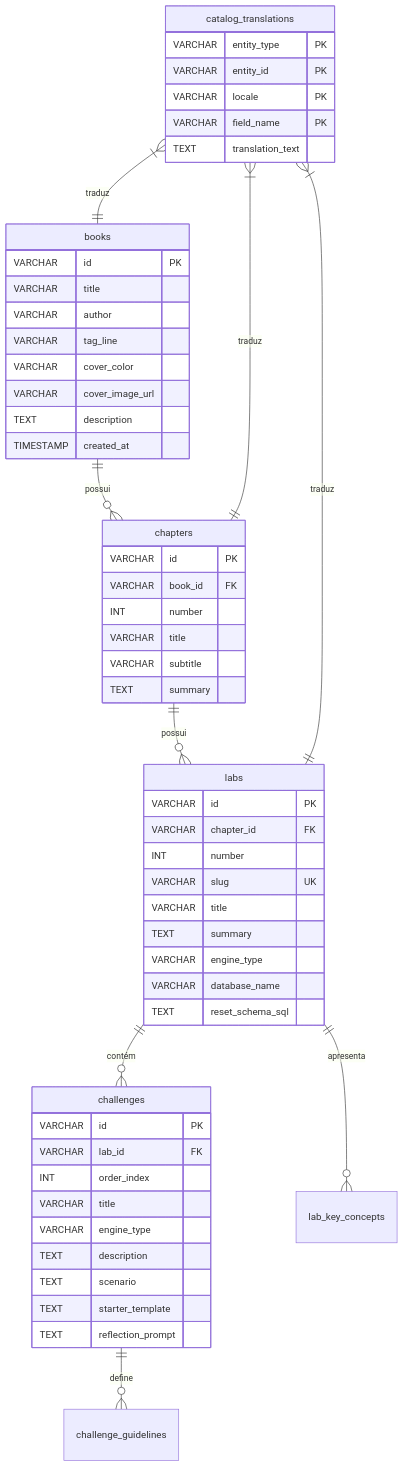
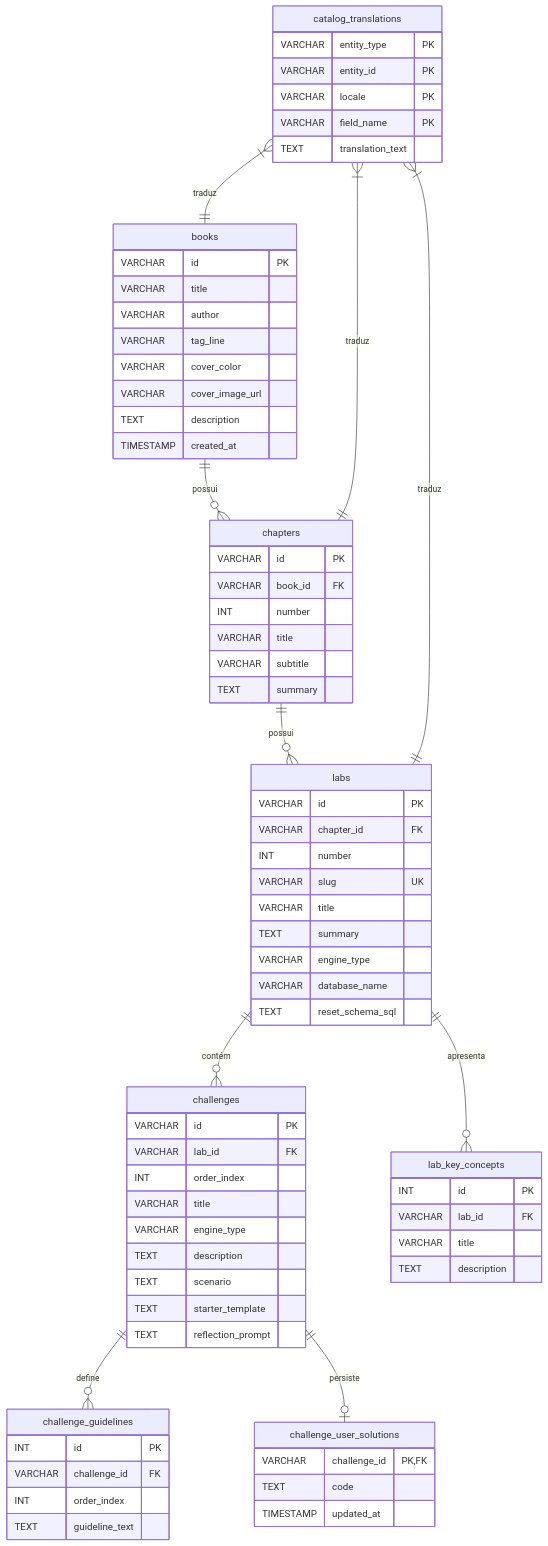
The second of 5 diagrams in docs/ARCHITECTURE.md (gabrielSdejesus/tech-book-lab), drawn with Mermaid before and after one commit. The commit also changed other lines of this file and 1 other file, not shown here.

Commit message:
docs: atualizar readme e architecture alinhando banco catalogo flyway v1-v8 e fluxos de ia

```diff
--- a/docs/ARCHITECTURE.md
+++ b/docs/ARCHITECTURE.md
@@ -144,6 +184,7 @@
     labs ||--o{ challenges : "contém"
     labs ||--o{ lab_key_concepts : "apresenta"
     challenges ||--o{ challenge_guidelines : "define"
+    challenges ||--o| challenge_user_solutions : "persiste"
     catalog_translations }|--|| books : "traduz"
     catalog_translations }|--|| chapters : "traduz"
     catalog_translations }|--|| labs : "traduz"
@@ -192,6 +233,26 @@
         TEXT reflection_prompt
     }
 
+    challenge_user_solutions {
+        VARCHAR challenge_id PK, FK
+        TEXT code
+        TIMESTAMP updated_at
+    }
+
+    lab_key_concepts {
+        INT id PK
+        VARCHAR lab_id FK
+        VARCHAR title
+        TEXT description
+    }
+
+    challenge_guidelines {
+        INT id PK
+        VARCHAR challenge_id FK
+        INT order_index
+        TEXT guideline_text
+    }
+
     catalog_translations {
         VARCHAR entity_type PK
         VARCHAR entity_id PK
```
